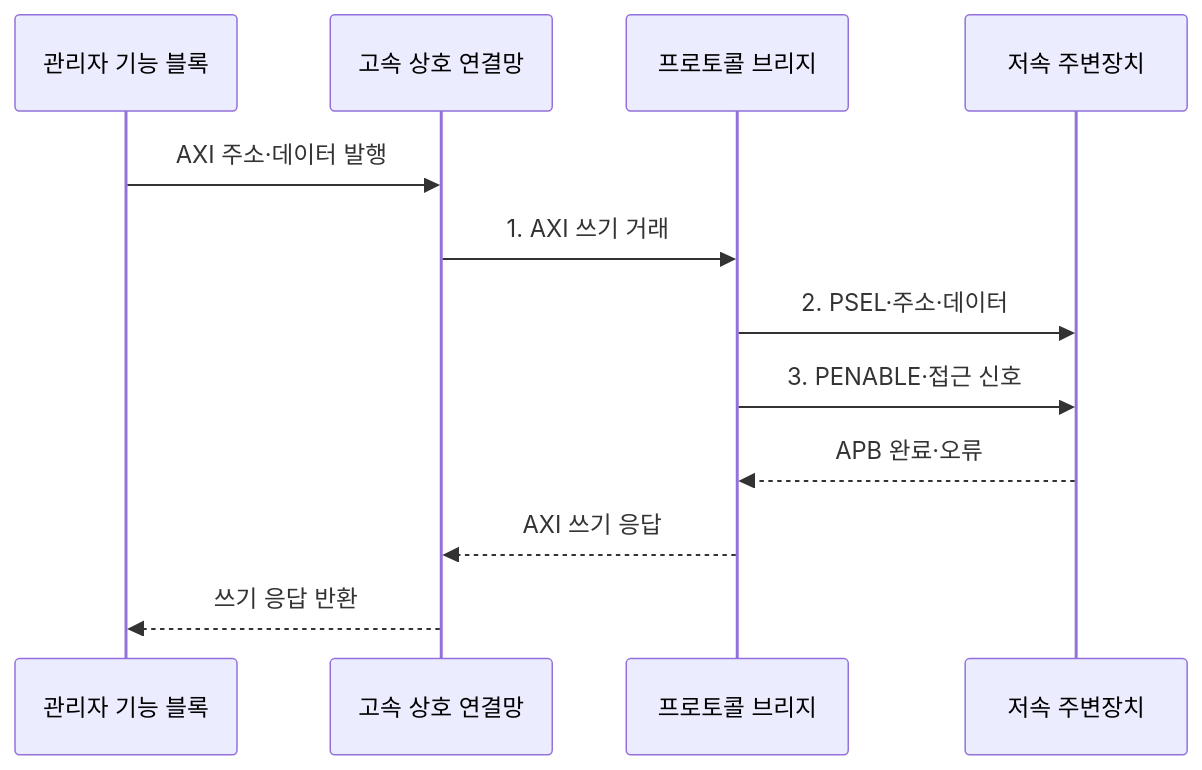
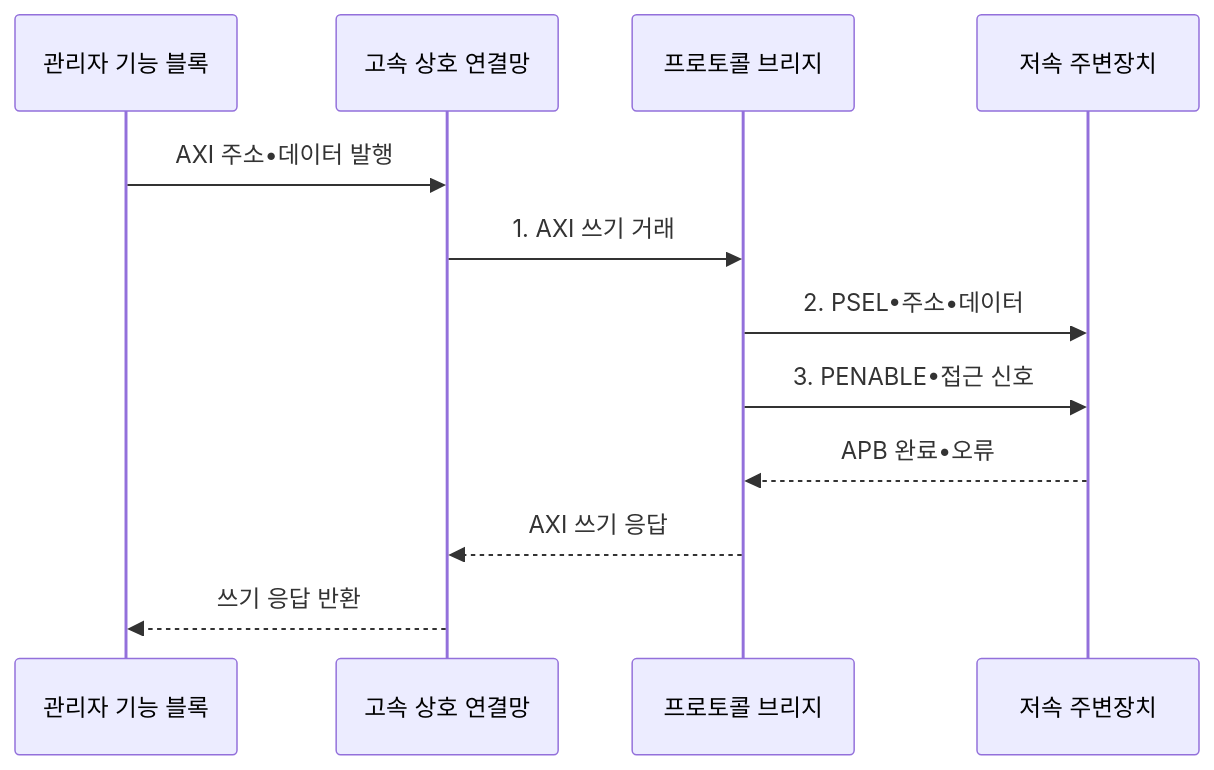
The second of 2 diagrams in src/content/docs/notes/02-hardware/078_amba_bus_protocol.md (agnusdei1207/knowledge-base), drawn with Mermaid before and after one commit. The commit also changed other lines of this file and 953 other files, not shown here.

````diff
--- a/src/content/docs/notes/02-hardware/078_amba_bus_protocol.md
+++ b/src/content/docs/notes/02-hardware/078_amba_bus_protocol.md
@@ -102,15 +102,15 @@
 ```mermaid
 sequenceDiagram
     participant M as 관리자 기능 블록
     participant I as 고속 상호 연결망
     participant B as 프로토콜 브리지
     participant P as 저속 주변장치
 
-    M->>I: AXI 주소·데이터 발행
+    M->>I: AXI 주소•데이터 발행
     I->>B: 1. AXI 쓰기 거래
-    B->>P: 2. PSEL·주소·데이터
-    B->>P: 3. PENABLE·접근 신호
-    P-->>B: APB 완료·오류
+    B->>P: 2. PSEL•주소•데이터
+    B->>P: 3. PENABLE•접근 신호
+    P-->>B: APB 완료•오류
     B-->>I: AXI 쓰기 응답
     I-->>M: 쓰기 응답 반환
 ```
````
